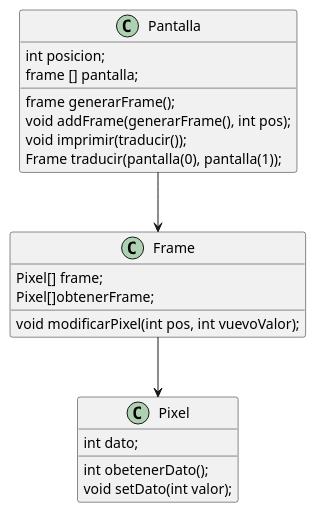
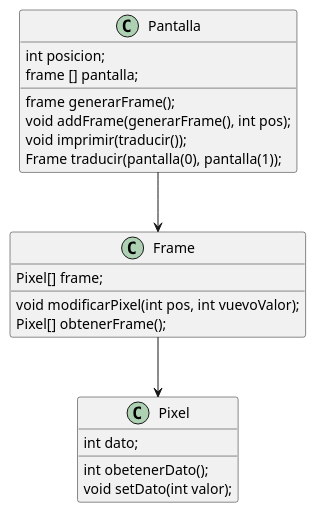
Before and after one commit to mmasias/24-25-EDA2: the diagram in entregas/castilloCayetano/reto-000/plantUML/ejercicio2.puml, drawn with PlantUML. The commit also changed 3 other files, not shown here.

```diff
--- a/entregas/castilloCayetano/reto-000/plantUML/ejercicio2.puml
+++ b/entregas/castilloCayetano/reto-000/plantUML/ejercicio2.puml
@@ -1,31 +1,31 @@
 @startuml
 
 class Pantalla {
 int posicion;
 frame [] pantalla;
 frame generarFrame();
 void addFrame(generarFrame(), int pos);
 void imprimir(traducir());
 Frame traducir(pantalla(0), pantalla(1));
 }
 
 class Frame {
 Pixel[] frame;
 void modificarPixel(int pos, int vuevoValor);
-Pixel[]obtenerFrame;
+Pixel[] obtenerFrame();
 
 }
 
 class Pixel {
 int dato;
 int obetenerDato();
 void setDato(int valor);
 }
 
 
 
 
 Pantalla --> Frame
 Frame --> Pixel
 
 @enduml
```
